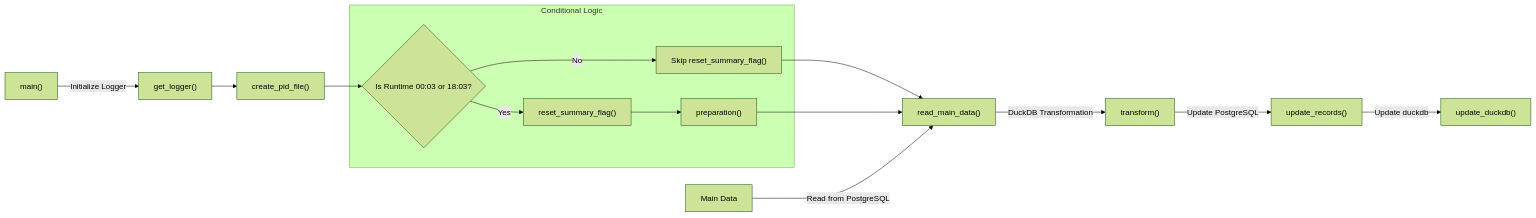
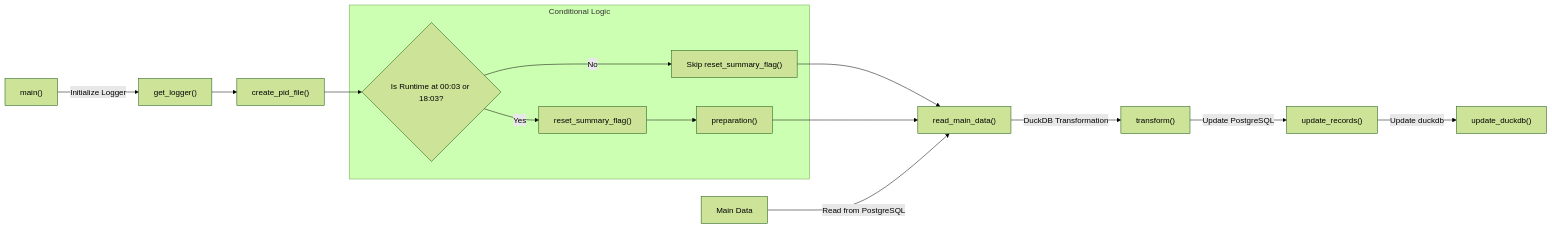
Before and after one commit to maulanaady/psn: the second of 2 diagrams in UDR/calculation_readme.md, drawn with Mermaid (forest theme).

Commit message:
Update readme file

````diff
--- a/UDR/calculation_readme.md
+++ b/UDR/calculation_readme.md
@@ -74,21 +74,21 @@
 ```mermaid
 graph LR;
     A[main#40;#41;] --> |Initialize Logger| B[get_logger#40;#41;];
     B --> D[create_pid_file#40;#41;];
-    D --> G{Is Runtime 00:03 or 18:03?}
+    D --> G{Is Runtime at 00:03 or 18:03?}
     
     subgraph Conditional Logic
         G -- Yes --> H[reset_summary_flag#40;#41;];
         G -- No --> I[Skip reset_summary_flag#40;#41;];
         H --> J[preparation#40;#41;];
     end
 
     I --> F[read_main_data#40;#41;];
     J --> F[read_main_data#40;#41;];
     P[Main Data] --> |Read from PostgreSQL| F;
     F --> |DuckDB Transformation| K[transform#40;#41;];
     K --> |Update PostgreSQL| L[update_records#40;#41;];
     L --> |Update duckdb| M[update_duckdb#40;#41;];
 
 
 ```
````
